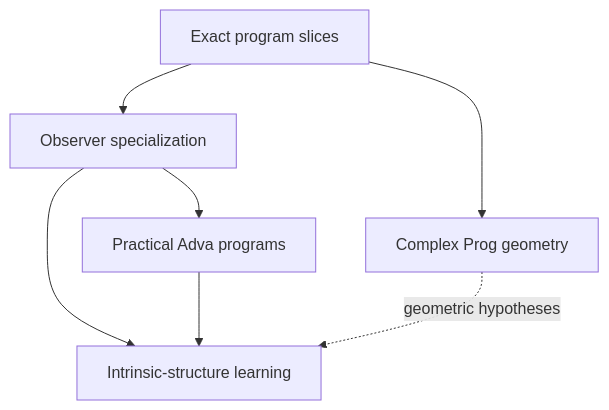
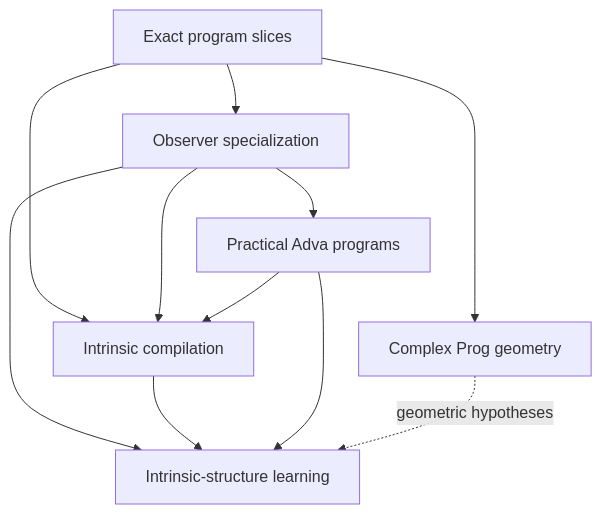
One commit to mountain/adva changed the diagram in docs/RESEARCH_ENGINEERING_AGENDA.md. Above: the diagram before and after it, drawn with Mermaid. The commit also changed other lines of this file, not shown here.

Commit message:
docs: add intrinsic SSA compilation research track

````diff
--- a/docs/RESEARCH_ENGINEERING_AGENDA.md
+++ b/docs/RESEARCH_ENGINEERING_AGENDA.md
@@ -29,9 +31,13 @@
 ```mermaid
 flowchart TD
     P["Exact program slices"] --> S["Observer specialization"]
     P --> G["Complex Prog geometry"]
     S --> L["Intrinsic-structure learning"]
     S --> A["Practical Adva programs"]
+    P --> C["Intrinsic compilation"]
+    S --> C
+    A --> C
+    C --> L
     A --> L
     G -. "geometric hypotheses" .-> L
 ```
````
